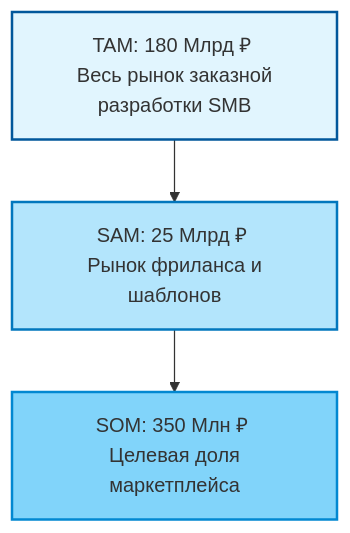
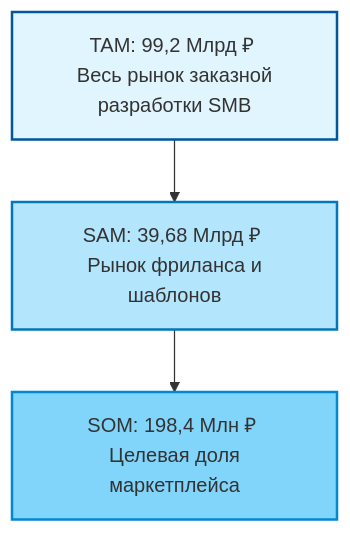
Before and after one commit to Zilebibka/StartUp: the diagram in README.md, drawn with Mermaid. The commit also changed other lines of this file, not shown here.

````diff
--- a/README.md
+++ b/README.md
@@ -64,9 +64,9 @@
 ```mermaid
 graph TD
-    A[TAM: 180 Млрд ₽ <br> Весь рынок заказной разработки SMB] --> B[SAM: 25 Млрд ₽ <br> Рынок фриланса и шаблонов]
-    B --> C[SOM: 350 Млн ₽ <br> Целевая доля маркетплейса]
+    A[TAM: 99,2 Млрд ₽ <br> Весь рынок заказной разработки SMB] --> B[SAM: 39,68 Млрд ₽ <br> Рынок фриланса и шаблонов]
+    B --> C[SOM: 198,4 Млн ₽ <br> Целевая доля маркетплейса]
     
     style A fill:#e1f5fe,stroke:#01579b,stroke-width:2px
     style B fill:#b3e5fc,stroke:#0277bd,stroke-width:2px
     style C fill:#81d4fa,stroke:#0288d1,stroke-width:2px
 ```
````
